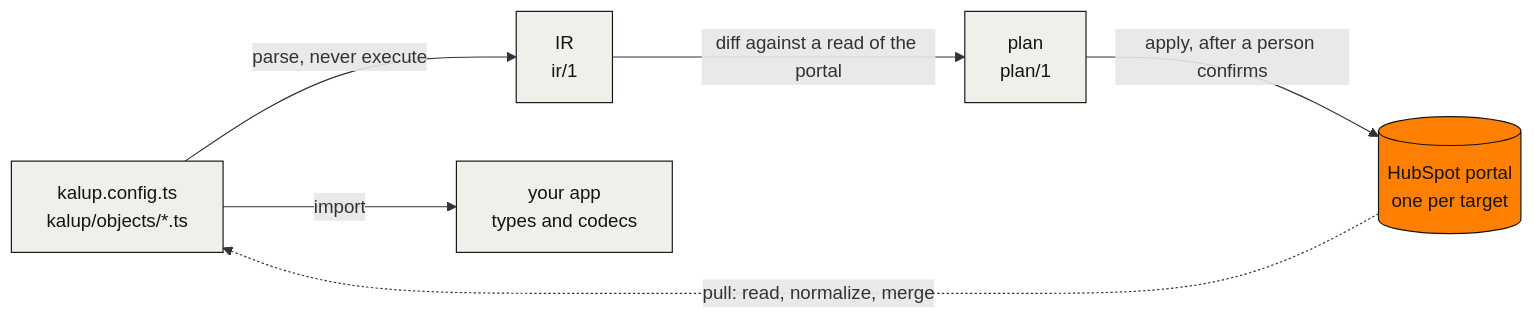
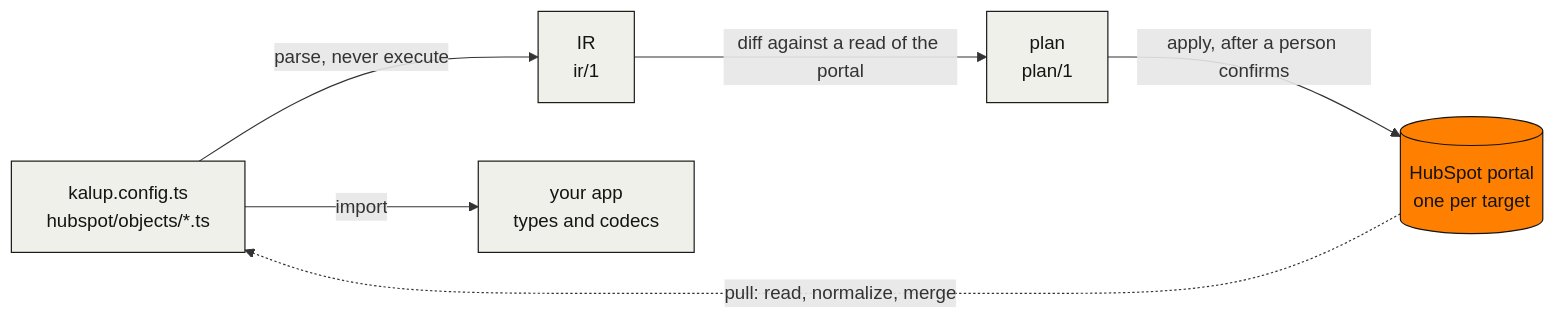
One commit to scopiousdigital/kalup changed the diagram in README.md. Above: the diagram before and after it, drawn with Mermaid. The commit also changed other lines of this file and 331 other files, not shown here.

````diff
--- a/README.md
+++ b/README.md
@@ -131,19 +133,19 @@
 ```mermaid
 flowchart LR
-  files["kalup.config.ts<br/>kalup/objects/*.ts"]
+  files["kalup.config.ts<br/>hubspot/objects/*.ts"]
   ir["IR<br/>ir/1"]
   plan["plan<br/>plan/1"]
   portal[("HubSpot portal<br/>one per target")]
   app["your app<br/>types and codecs"]
 
   files -- "parse, never execute" --> ir
   ir -- "diff against a read of the portal" --> plan
   plan -- "apply, after a person confirms" --> portal
   portal -. "pull: read, normalize, merge" .-> files
   files -- "import" --> app
 
   classDef built fill:#F0F0EB,stroke:#141413,color:#141413
   classDef metal fill:#FF8000,stroke:#141413,color:#141413
   class files,ir,plan,app built
   class portal metal
 ```
````
